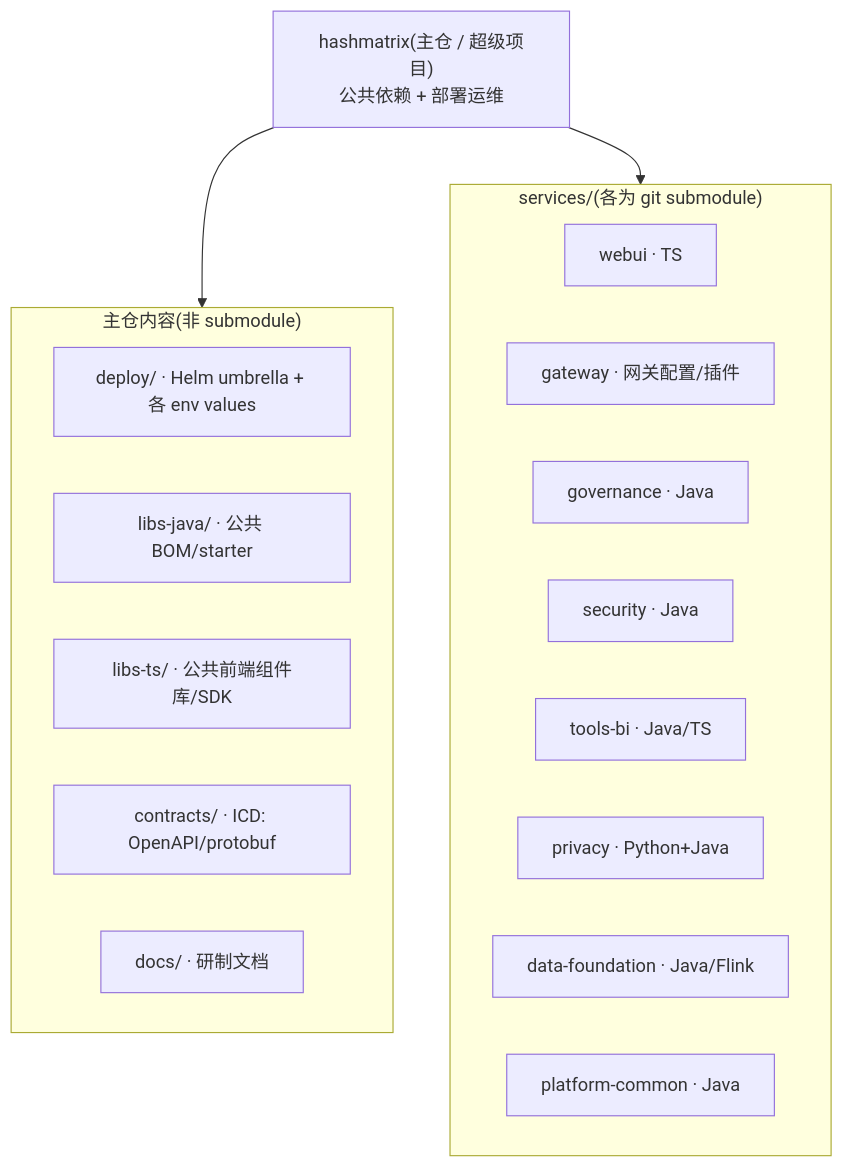
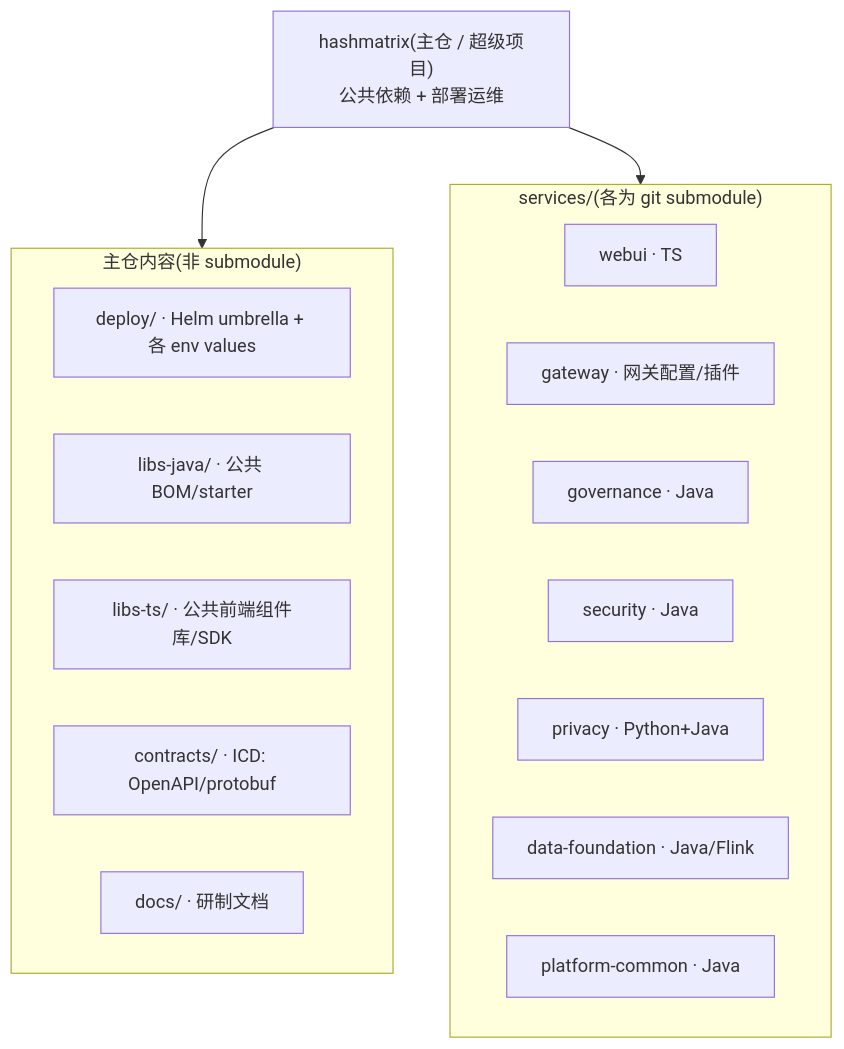
One commit to HashMatrixData/hashmatrix changed the first of 3 diagrams in docs/architecture/04-工程与部署.md. Above: the diagram before and after it, drawn with Mermaid. The commit also changed other lines of this file and 26 other files, not shown here.

````diff
--- a/docs/architecture/04-工程与部署.md
+++ b/docs/architecture/04-工程与部署.md
@@ -5,26 +5,25 @@
 ```mermaid
 flowchart TB
     ROOT["hashmatrix(主仓 / 超级项目)<br/>公共依赖 + 部署运维"]
 
     subgraph MAIN["主仓内容(非 submodule)"]
         M1["deploy/ · Helm umbrella + 各 env values"]
         M2["libs-java/ · 公共 BOM/starter"]
         M3["libs-ts/ · 公共前端组件库/SDK"]
         M4["contracts/ · ICD: OpenAPI/protobuf"]
         M5["docs/ · 研制文档"]
     end
 
     subgraph SUB["services/(各为 git submodule)"]
         SM1["webui · TS"]
         SM2["gateway · 网关配置/插件"]
         SM3["governance · Java"]
         SM4["security · Java"]
-        SM5["tools-bi · Java/TS"]
         SM6["privacy · Python+Java"]
         SM7["data-foundation · Java/Flink"]
         SM8["platform-common · Java"]
     end
 
     ROOT --> MAIN
     ROOT --> SUB
 ```
````
